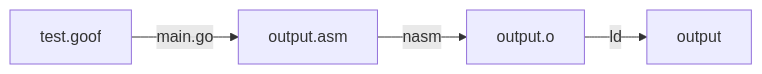
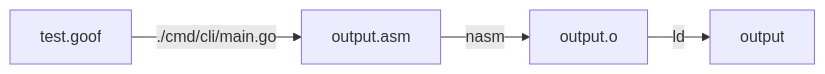
One commit to sneaky-potato/goof changed the diagram in README.md. Above: the diagram before and after it, drawn with Mermaid. The commit also changed other lines of this file and 2 other files, not shown here.

Commit message:
Move cli main file to specific dir

````diff
--- a/README.md
+++ b/README.md
@@ -32,4 +32,4 @@
 ```mermaid
 flowchart LR
-    A[test.goof]-- main.go -->B[output.asm]-- nasm -->C[output.o]-- ld -->D[output]
+    A[test.goof]-- ./cmd/cli/main.go -->B[output.asm]-- nasm -->C[output.o]-- ld -->D[output]
 ```
````
